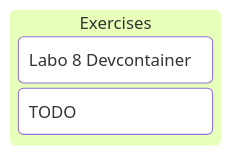
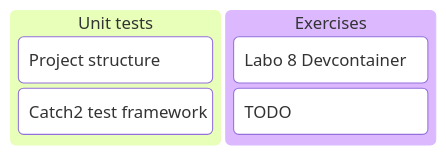
One commit to GlennVL-AP/cpp-programming-slides changed the diagram in slides/session_8_labo/index.md. Above: the diagram before and after it, drawn with Mermaid. The commit also changed other lines of this file and 3 other files, not shown here.

````diff
--- a/slides/session_8_labo/index.md
+++ b/slides/session_8_labo/index.md
@@ -7,6 +7,9 @@
 ```mermaid
 kanban
-  column1[Exercises]
-    task1[Labo 8 Devcontainer]
-    task2[TODO]
+  column1[Unit tests]
+    task1[Project structure]
+    task2[Catch2 test framework]
+  column2[Exercises]
+    task3[Labo 8 Devcontainer]
+    task4[TODO]
 ```
````
